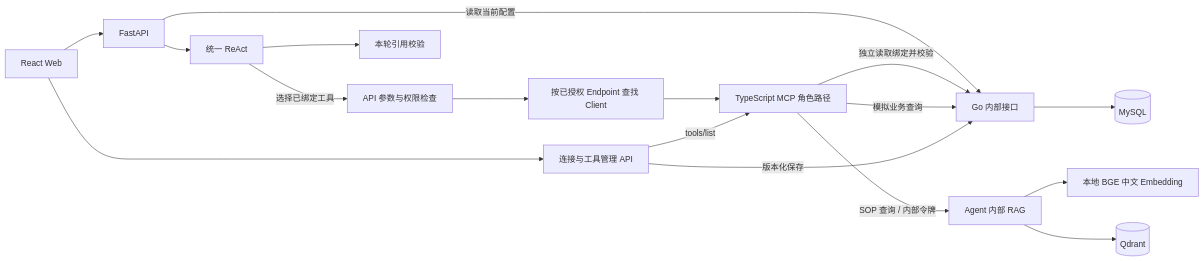
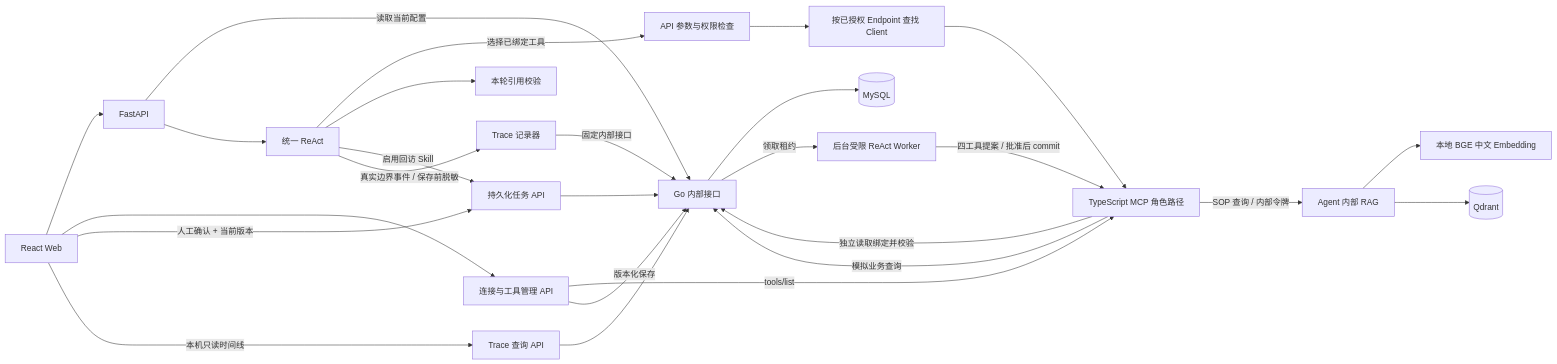
One commit to plion676/FlowPilot changed the diagram in README.md. Above: the diagram before and after it, drawn with Mermaid. The commit also changed other lines of this file and 73 other files, not shown here.

````diff
--- a/README.md
+++ b/README.md
@@ -25,19 +27,28 @@
 ```mermaid
 flowchart LR
   UI[React Web] --> A[FastAPI]
   A -->|读取当前配置| G[Go 内部接口]
   G --> DB[(MySQL)]
   A --> R[统一 ReAct]
   R -->|选择已绑定工具| P[API 参数与权限检查]
   P --> EC[按已授权 Endpoint 查找 Client]
   EC --> M[TypeScript MCP 角色路径]
   M -->|独立读取绑定并校验| G
   M -->|模拟业务查询| G
   M -->|SOP 查询 / 内部令牌| S[Agent 内部 RAG]
   S --> E[本地 BGE 中文 Embedding]
   S --> Q[(Qdrant)]
   R --> C[本轮引用校验]
   UI --> TM[连接与工具管理 API]
   TM -->|tools/list| M
   TM -->|版本化保存| G
+  R -->|启用回访 Skill| T[持久化任务 API]
+  T --> G
+  G -->|领取租约| W[后台受限 ReAct Worker]
+  W -->|四工具提案 / 批准后 commit| M
+  UI -->|人工确认 + 当前版本| T
+  R -->|真实边界事件 / 保存前脱敏| TR[Trace 记录器]
+  TR -->|固定内部接口| G
+  UI -->|本机只读时间线| TA[Trace 查询 API]
+  TA --> G
 ```
````
